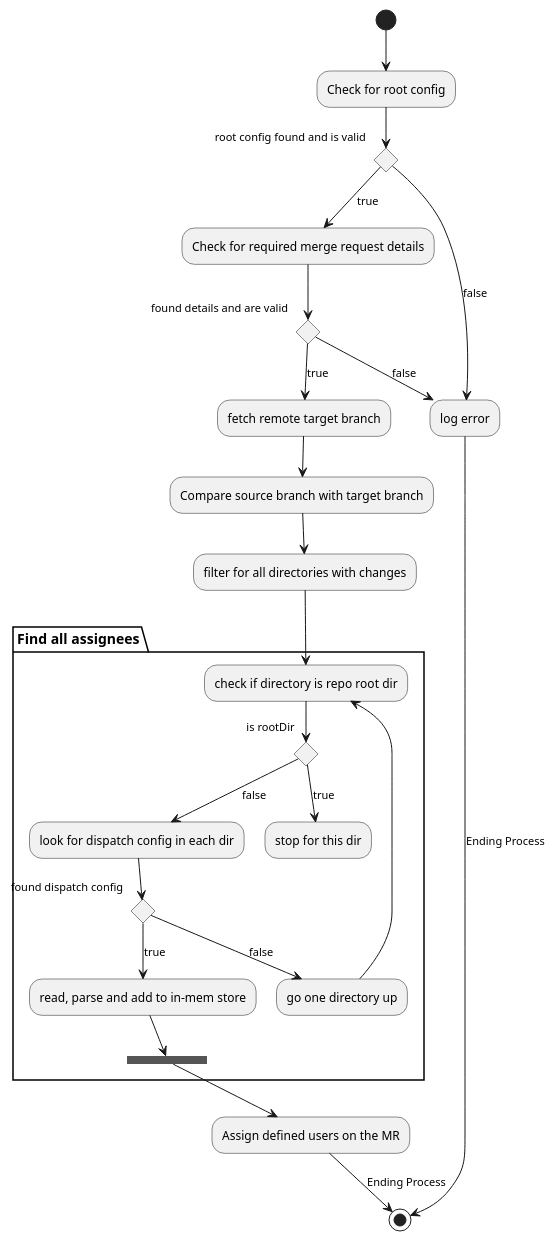
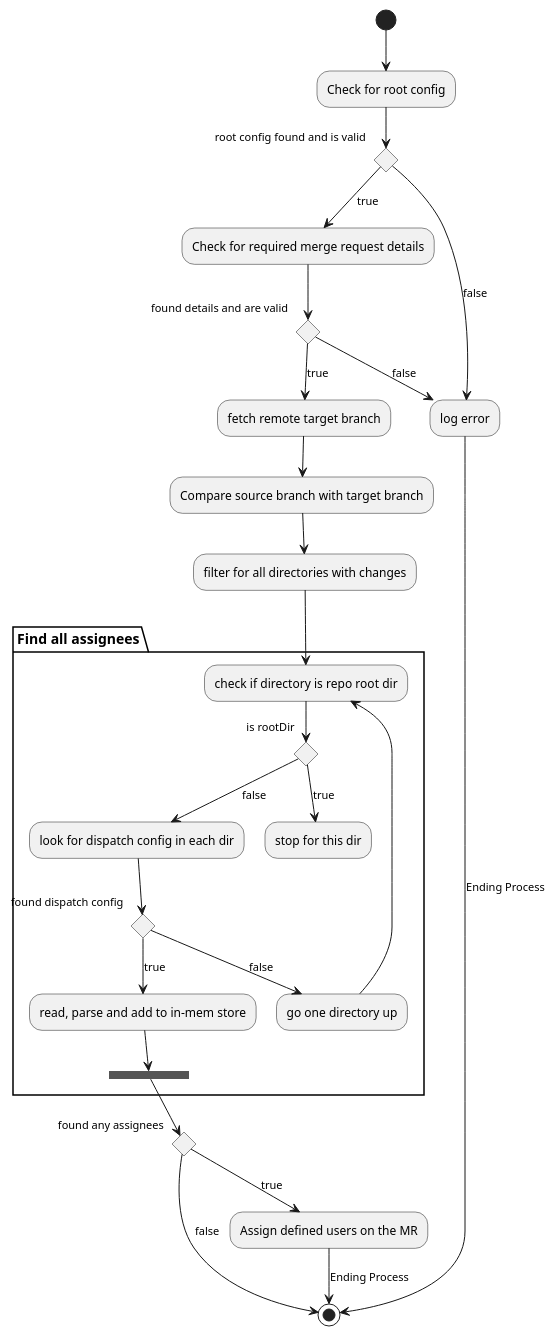
Before and after one commit to fwiedmann/dispatch: the diagram in flow.plantuml, drawn with PlantUML.

Commit message:
docs(flow): update flow chart

```diff
--- a/flow.plantuml
+++ b/flow.plantuml
@@ -1,40 +1,45 @@
 @startuml
 (*) --> "Check for root config"
 if "root config found and is valid"
     -->[true] "Check for required merge request details" as checkMR
 else
     -->[false] "log error" as logErr
 endif
 
 checkMR if "found details and are valid"
     -->[true] "fetch remote target branch" as fetch
 else
     -->[false] "log error" as logErr
 endif
 
 fetch -down-> "Compare source branch with target branch" as compare
 compare -down-> "filter for all directories with changes" as filter
 
 partition "Find all assignees"{
 filter -down-> "check if directory is repo root dir" as rootDir
 rootDir -down-> if "is rootDir"
     -down-> [false]  "look for dispatch config in each dir" as look
 else
     -down-> [true] "stop for this dir"
 endif
 
 look -down-> if "found dispatch config"
     -down-> [true] "read, parse and add to in-mem store" as store
     -down-> ==S1==
 else
     -down-> [false] "go one directory up"
     -down-> rootDir
 endif
 }
 
-==S1== --> "Assign defined users on the MR" as assignMR
+==S1== --> if "found any assignees"
+  -down-> [true] "Assign defined users on the MR" as assignMR
+else
+  -down-> [false] (*)
+endif
+
 assignMR -down-> [Ending Process] (*)
 
 logErr -->[Ending Process] (*)
 
 @enduml
```
